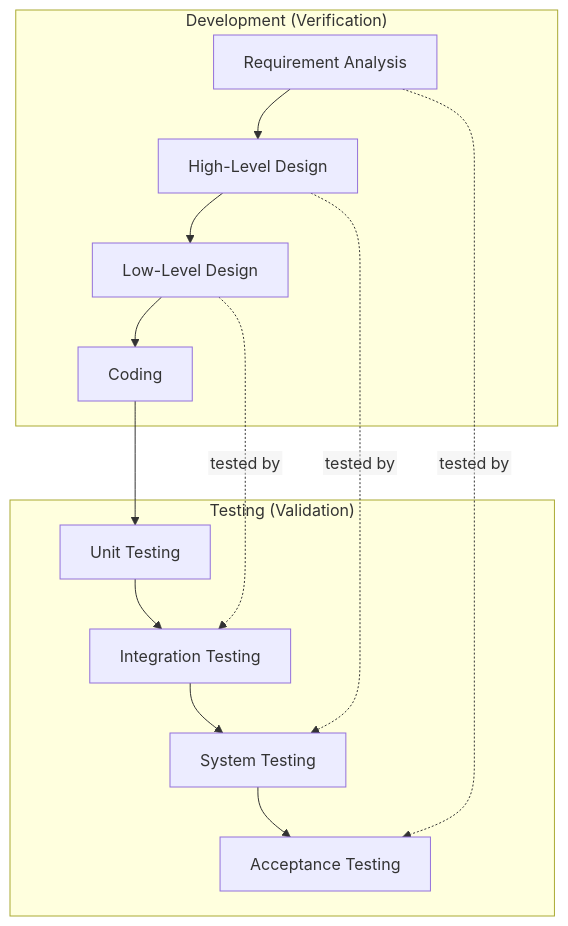
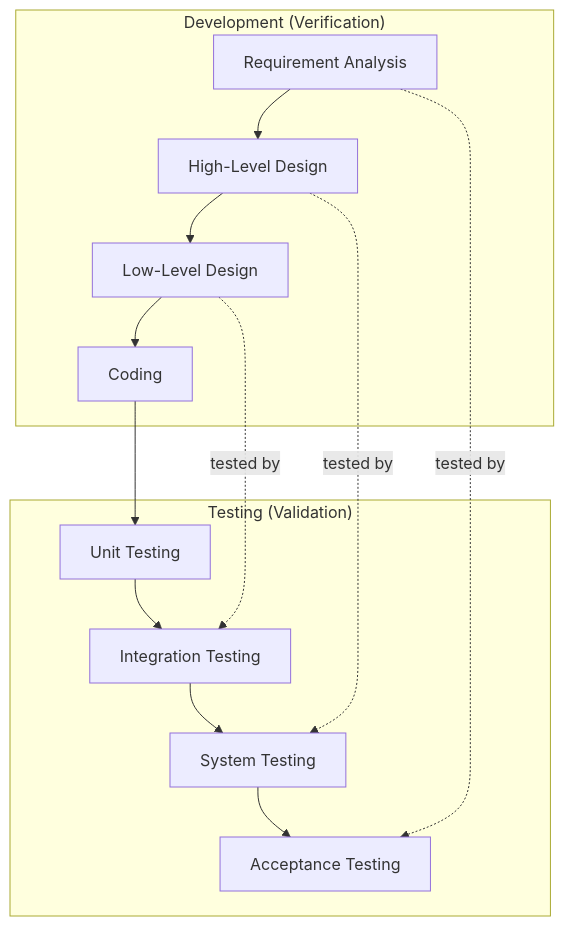
One commit to Ajay120503/ST_Notes changed diagram 15 of 41 in README.md. Above: the diagram before and after it, drawn with Mermaid. The commit also changed other lines of this file, not shown here.

````diff
--- a/README.md
+++ b/README.md
@@ -501,14 +488,13 @@
 ```mermaid
-%%{init: {"flowchart": {"htmlLabels": false}}}%%
 flowchart TD
     subgraph DEV["Development (Verification)"]
         R["Requirement Analysis"] --> H["High-Level Design"] --> L["Low-Level Design"] --> C["Coding"]
     end
     subgraph TEST["Testing (Validation)"]
         UT["Unit Testing"] --> IT["Integration Testing"] --> ST["System Testing"] --> AT["Acceptance Testing"]
     end
     C --> UT
-    L -. "tested by" .-> IT
-    H -. "tested by" .-> ST
-    R -. "tested by" .-> AT
+    L -.->|tested by| IT
+    H -.->|tested by| ST
+    R -.->|tested by| AT
 ```
````
